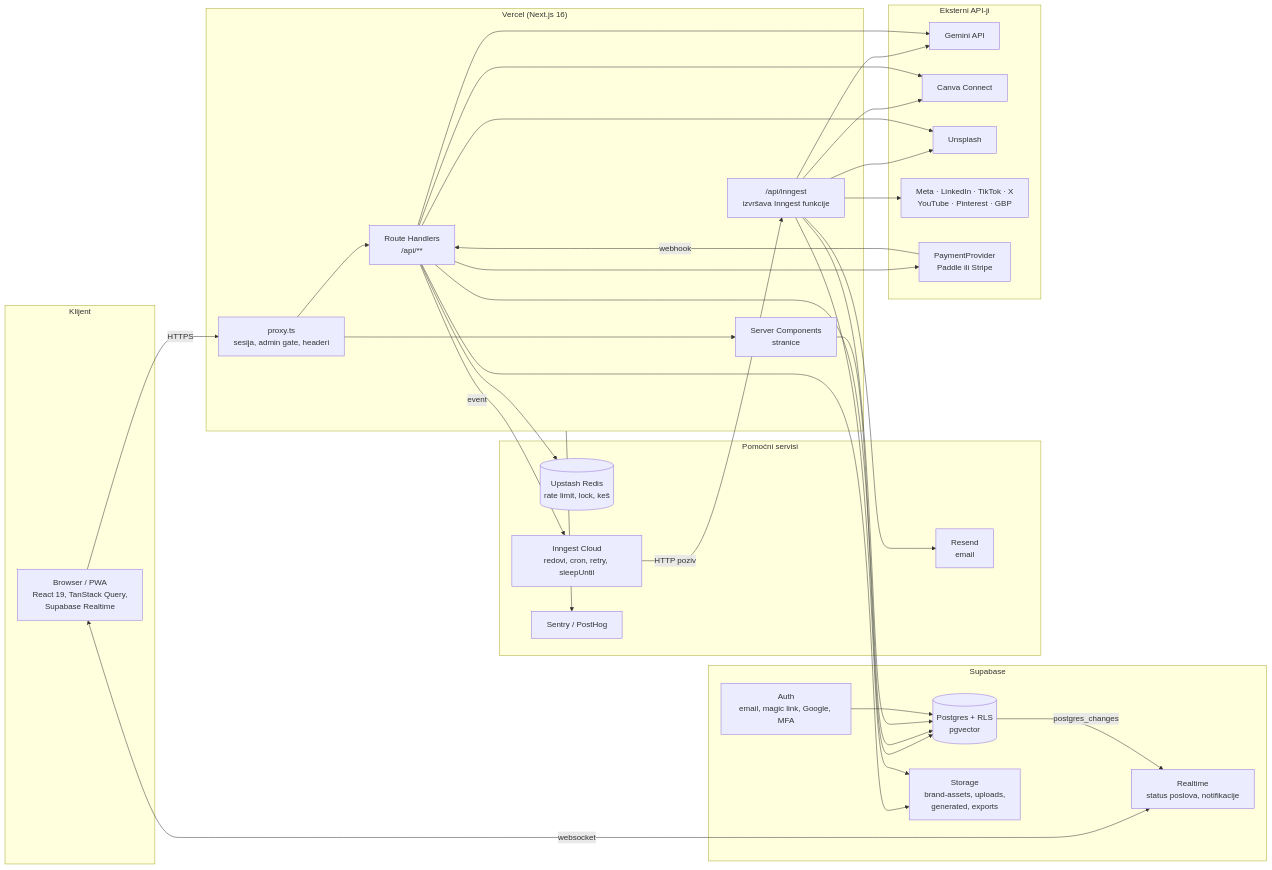
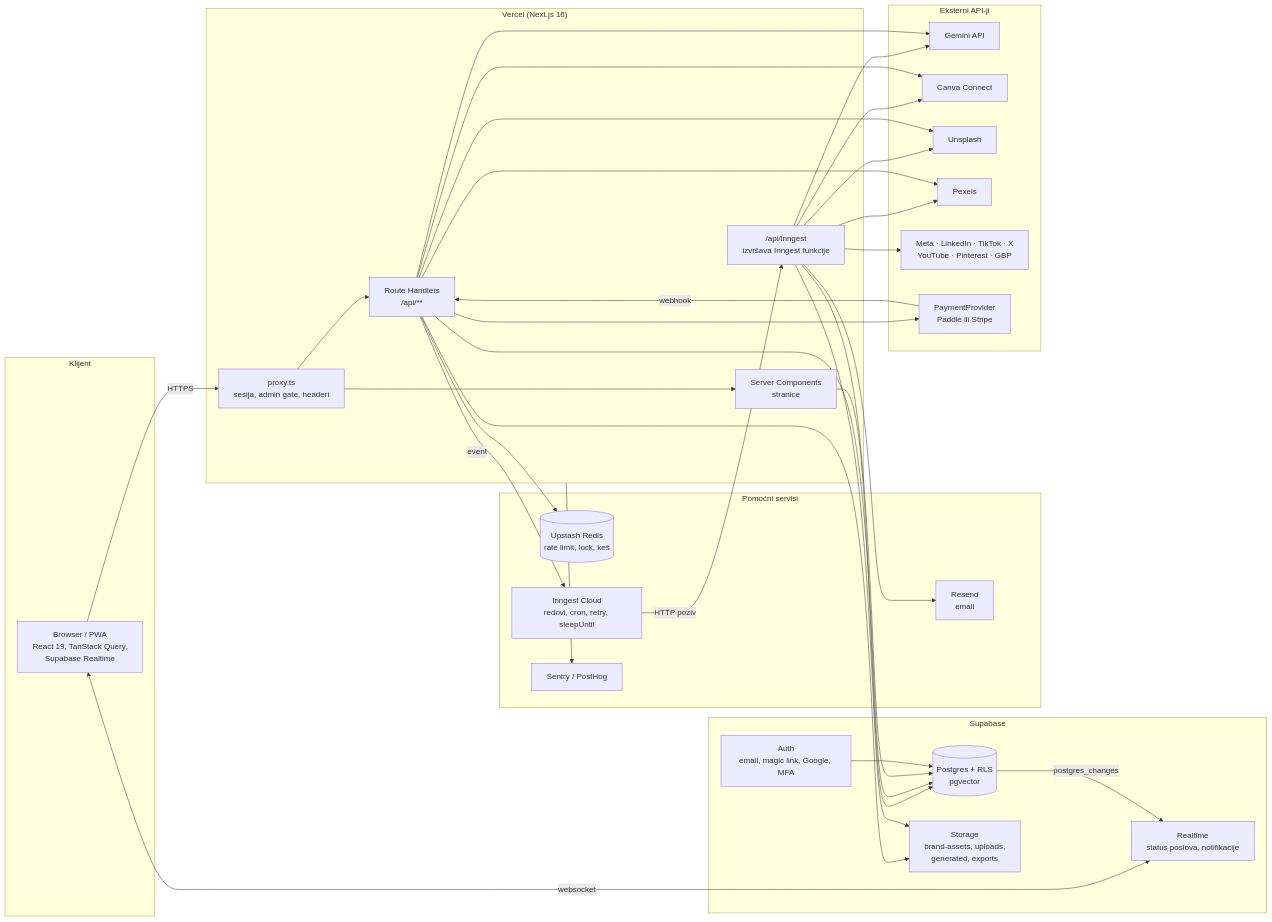
The first of 6 diagrams in docs/ARCHITECTURE.md (milosmilosmilos1/sova), drawn with Mermaid before and after one commit. The commit also changed other lines of this file and 43 other files, not shown here.

````diff
--- a/docs/ARCHITECTURE.md
+++ b/docs/ARCHITECTURE.md
@@ -28,60 +28,63 @@
 ```mermaid
 flowchart LR
     subgraph Klijent
         B[Browser / PWA<br/>React 19, TanStack Query,<br/>Supabase Realtime]
     end
 
     subgraph Vercel["Vercel (Next.js 16)"]
         P[proxy.ts<br/>sesija, admin gate, headeri]
         RSC[Server Components<br/>stranice]
         API[Route Handlers<br/>/api/**]
         ING["/api/inngest<br/>izvršava Inngest funkcije"]
     end
 
     subgraph Supabase
         PG[(Postgres + RLS<br/>pgvector)]
         AUTH[Auth<br/>email, magic link, Google, MFA]
         ST[Storage<br/>brand-assets, uploads,<br/>generated, exports]
         RT[Realtime<br/>status poslova, notifikacije]
     end
 
     subgraph Pomoćni["Pomoćni servisi"]
         REDIS[(Upstash Redis<br/>rate limit, lock, keš)]
         INN[Inngest Cloud<br/>redovi, cron, retry, sleepUntil]
         RES[Resend<br/>email]
         SEN[Sentry / PostHog]
     end
 
     subgraph Eksterni["Eksterni API-ji"]
         GEM[Gemini API]
         CAN[Canva Connect]
         UNS[Unsplash]
+        PEX[Pexels]
         SOC[Meta · LinkedIn · TikTok · X<br/>YouTube · Pinterest · GBP]
         PAY[PaymentProvider<br/>Paddle ili Stripe]
     end
 
     B -->|HTTPS| P --> RSC
     P --> API
     B <-->|websocket| RT
     RSC --> PG
     API --> PG
     API --> ST
     API --> REDIS
     API -->|event| INN
     INN -->|HTTP poziv| ING
     ING --> PG
     ING --> ST
     ING --> GEM
     ING --> SOC
     ING --> CAN
     ING --> UNS
+    ING --> PEX
     ING --> RES
     API --> GEM
     API --> UNS
+    API --> PEX
     API --> CAN
     PAY -->|webhook| API
     API --> PAY
     AUTH --> PG
     PG -->|postgres_changes| RT
     Vercel --> SEN
 ```
````
